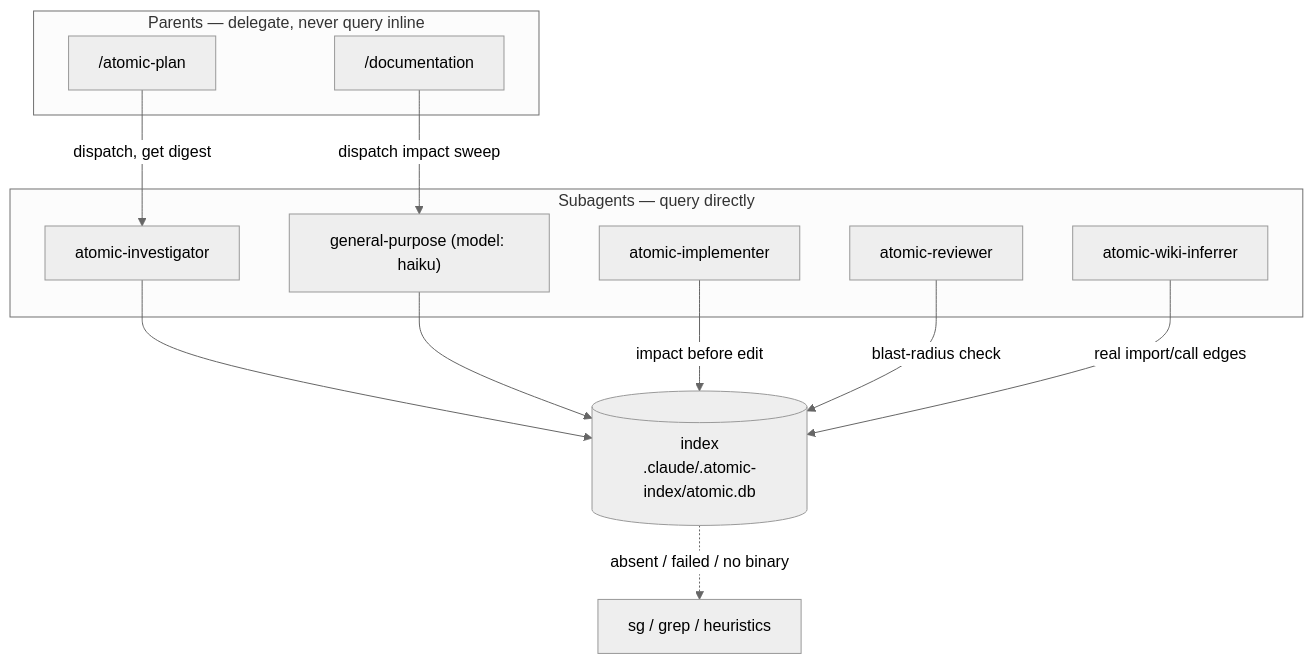
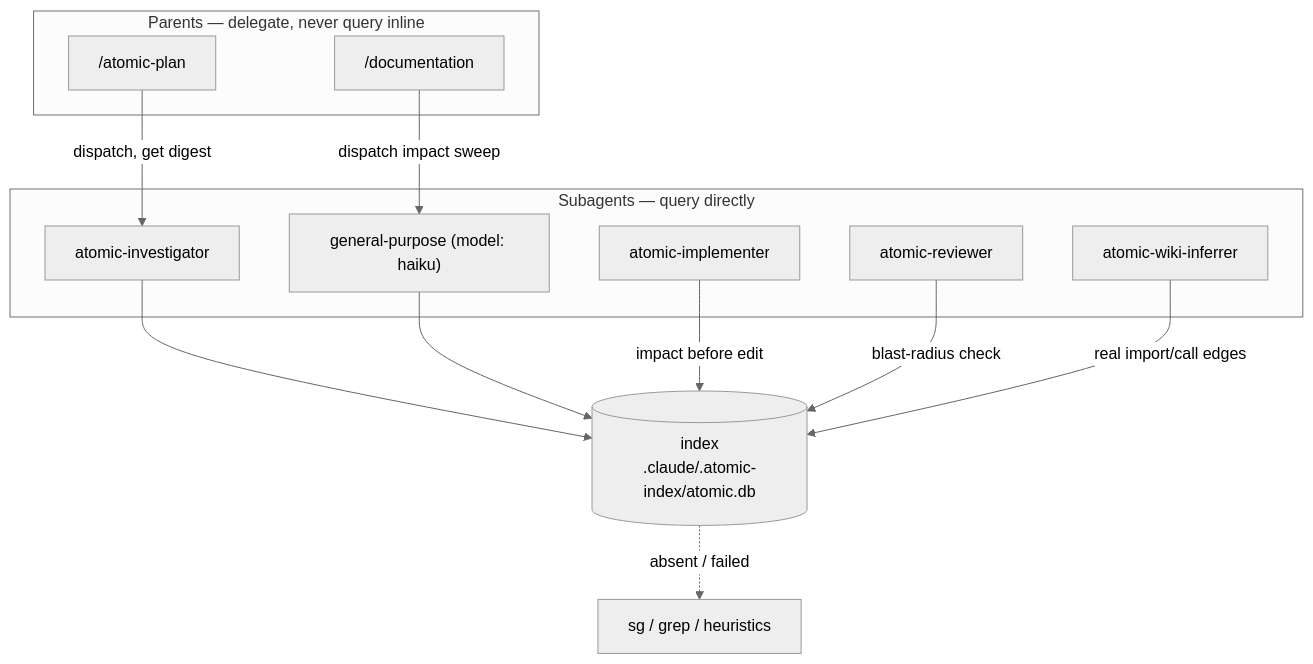
One commit to damusix/atomic-claude changed the diagram in docs/reference/code-intel.md. Above: the diagram before and after it, drawn with Mermaid (neutral theme). The commit also changed other lines of this file and 86 other files, not shown here.

First line of the commit message:
feat: draw branching artifact flows as Mermaid

````diff
--- a/docs/reference/code-intel.md
+++ b/docs/reference/code-intel.md
@@ -154,25 +154,25 @@
 ```mermaid
 flowchart TD
     subgraph parents["Parents — delegate, never query inline"]
         plan["/atomic-plan"]
         doc["/documentation"]
     end
     subgraph subs["Subagents — query directly"]
         inv["atomic-investigator"]
         gp["general-purpose (model: haiku)"]
         impl["atomic-implementer"]
         rev["atomic-reviewer"]
         sig["atomic-wiki-inferrer"]
     end
     db[("index<br/>.claude/.atomic-index/atomic.db")]
     grep["sg / grep / heuristics"]
 
     plan -->|dispatch, get digest| inv
     doc -->|dispatch impact sweep| gp
     inv --> db
     gp --> db
     impl -->|impact before edit| db
     rev -->|blast-radius check| db
     sig -->|real import/call edges| db
-    db -.->|absent / failed / no binary| grep
+    db -.->|absent / failed| grep
 ```
````
